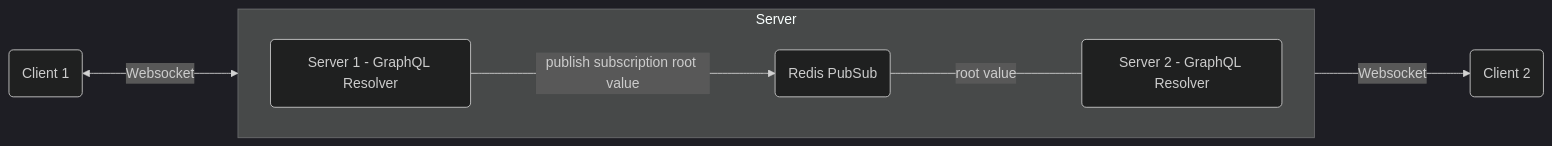
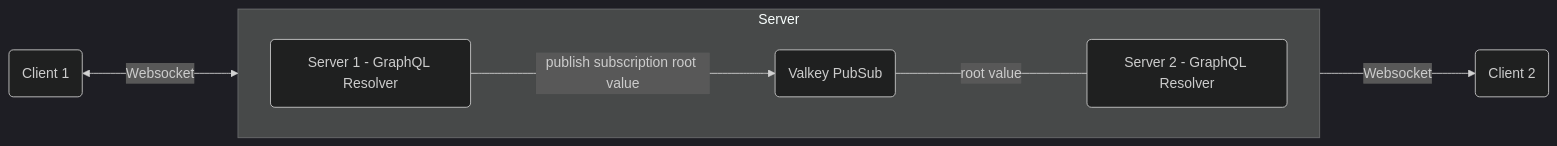
One commit to ParabolInc/parabol changed the first of 2 diagrams in docs/serviceDiagram.md. Above: the diagram before and after it, drawn with Mermaid (dark theme). The commit also changed other lines of this file and 4 other files, not shown here.

````diff
--- a/docs/serviceDiagram.md
+++ b/docs/serviceDiagram.md
@@ -10,18 +10,18 @@
 ```mermaid
 flowchart LR
   Client1(Client 1)
   Client2(Client 2)
   Server1(Server 1 - GraphQL Resolver)
   Server2(Server 2 - GraphQL Resolver)
-  RedisSubscriptionPubSub(Redis PubSub)
+  RedisSubscriptionPubSub(Valkey PubSub)
 
   click Server1 "../packages/server/server.ts"
 
   Client1 <--->|Websocket| Server1
   Server2 --->|Websocket| Client2
 subgraph Server
   direction LR
   Server1 --->|publish subscription root value| RedisSubscriptionPubSub
   RedisSubscriptionPubSub <---|root value| Server2
 end
 ```
````
